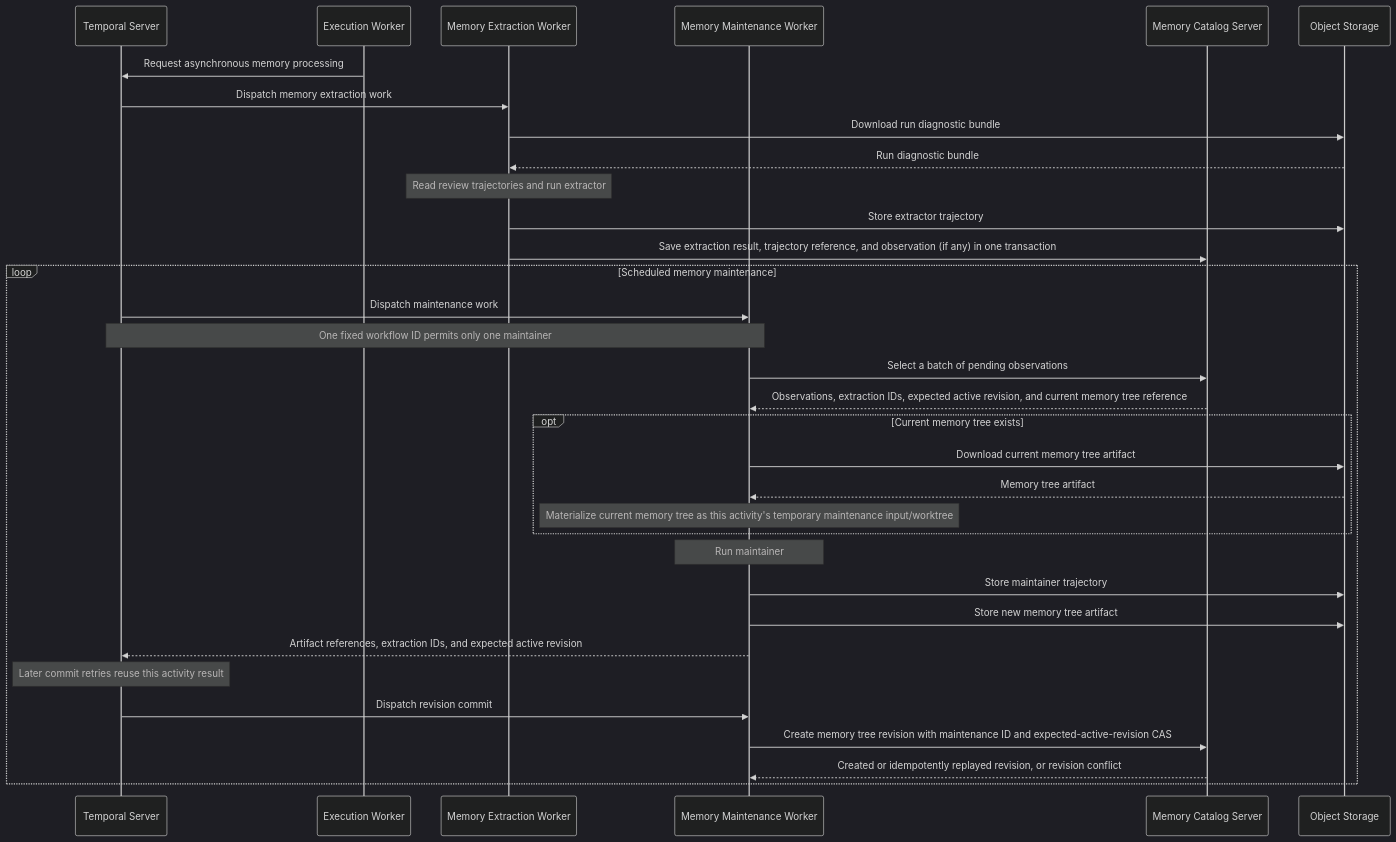
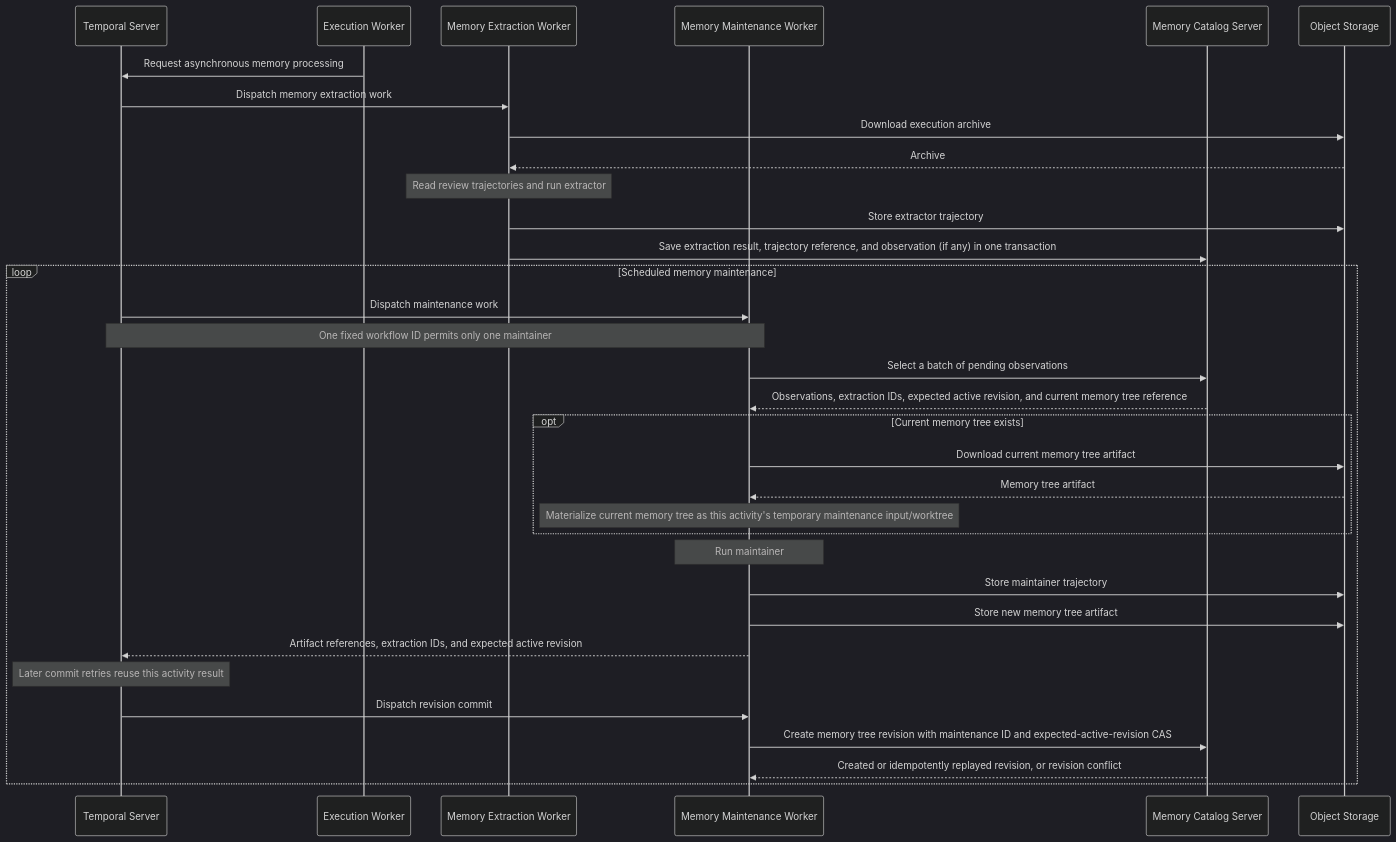
Before and after one commit to Agent-AI-Chalmers/sec-review-bot: the second of 4 diagrams in docs/architecture/SYSTEM_ARCHITECTURE.md, drawn with Mermaid (dark theme). The commit also changed other lines of this file and 135 other files, not shown here.

First line of the commit message:
refactor(contracts)!: rename run diagnostics as execution archives (#321)

````diff
--- a/docs/architecture/SYSTEM_ARCHITECTURE.md
+++ b/docs/architecture/SYSTEM_ARCHITECTURE.md
@@ -77,36 +77,36 @@
 ```mermaid
 sequenceDiagram
   participant Temporal as Temporal Server
   participant ExecutionWorker as Execution Worker
   participant ExtractionWorker as Memory Extraction Worker
   participant MaintenanceWorker as Memory Maintenance Worker
   participant Catalog as Memory Catalog Server
   participant Storage as Object Storage
 
   ExecutionWorker->>Temporal: Request asynchronous memory processing
   Temporal->>ExtractionWorker: Dispatch memory extraction work
-  ExtractionWorker->>Storage: Download run diagnostic bundle
-  Storage-->>ExtractionWorker: Run diagnostic bundle
+  ExtractionWorker->>Storage: Download execution archive
+  Storage-->>ExtractionWorker: Archive
   Note over ExtractionWorker: Read review trajectories and run extractor
   ExtractionWorker->>Storage: Store extractor trajectory
   ExtractionWorker->>Catalog: Save extraction result, trajectory reference, and observation (if any) in one transaction
   loop Scheduled memory maintenance
     Temporal->>MaintenanceWorker: Dispatch maintenance work
     Note over Temporal,MaintenanceWorker: One fixed workflow ID permits only one maintainer
     MaintenanceWorker->>Catalog: Select a batch of pending observations
     Catalog-->>MaintenanceWorker: Observations, extraction IDs, expected active revision, and current memory tree reference
     opt Current memory tree exists
       MaintenanceWorker->>Storage: Download current memory tree artifact
       Storage-->>MaintenanceWorker: Memory tree artifact
       Note over MaintenanceWorker: Materialize current memory tree as this activity's temporary maintenance input/worktree
     end
     Note over MaintenanceWorker: Run maintainer
     MaintenanceWorker->>Storage: Store maintainer trajectory
     MaintenanceWorker->>Storage: Store new memory tree artifact
     MaintenanceWorker-->>Temporal: Artifact references, extraction IDs, and expected active revision
     Note over Temporal: Later commit retries reuse this activity result
     Temporal->>MaintenanceWorker: Dispatch revision commit
     MaintenanceWorker->>Catalog: Create memory tree revision with maintenance ID and expected-active-revision CAS
     Catalog-->>MaintenanceWorker: Created or idempotently replayed revision, or revision conflict
   end
 ```
````
